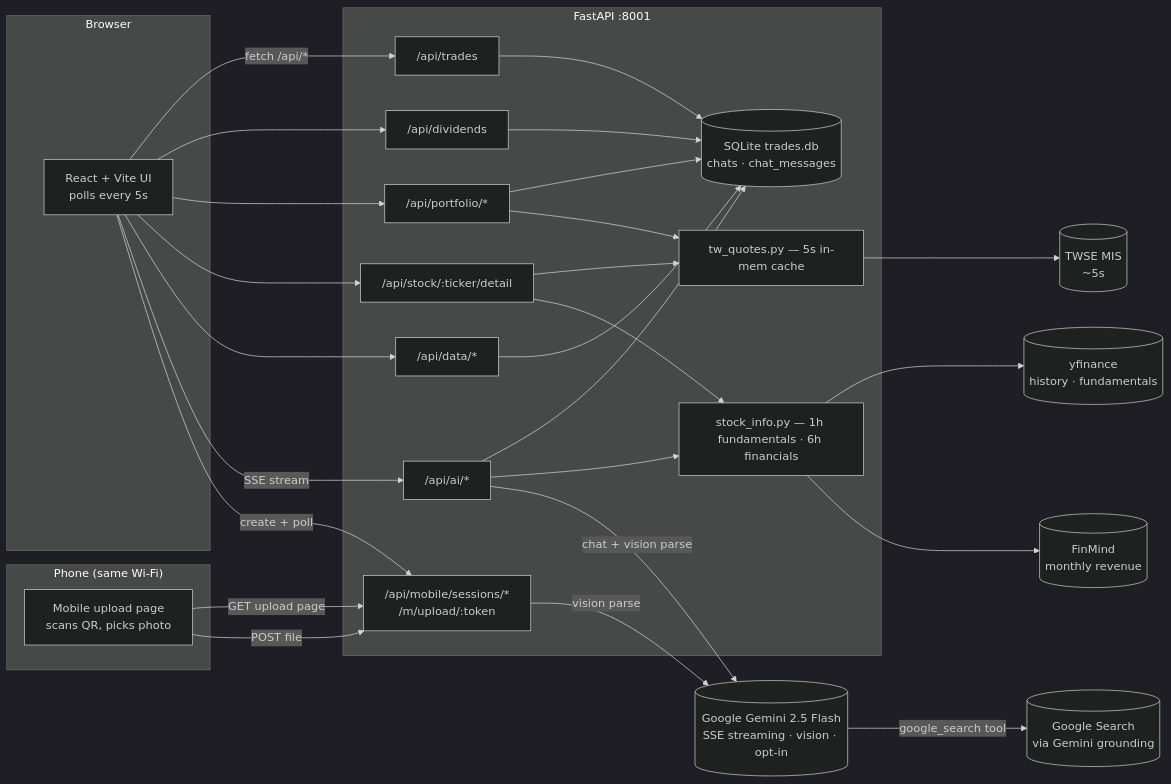
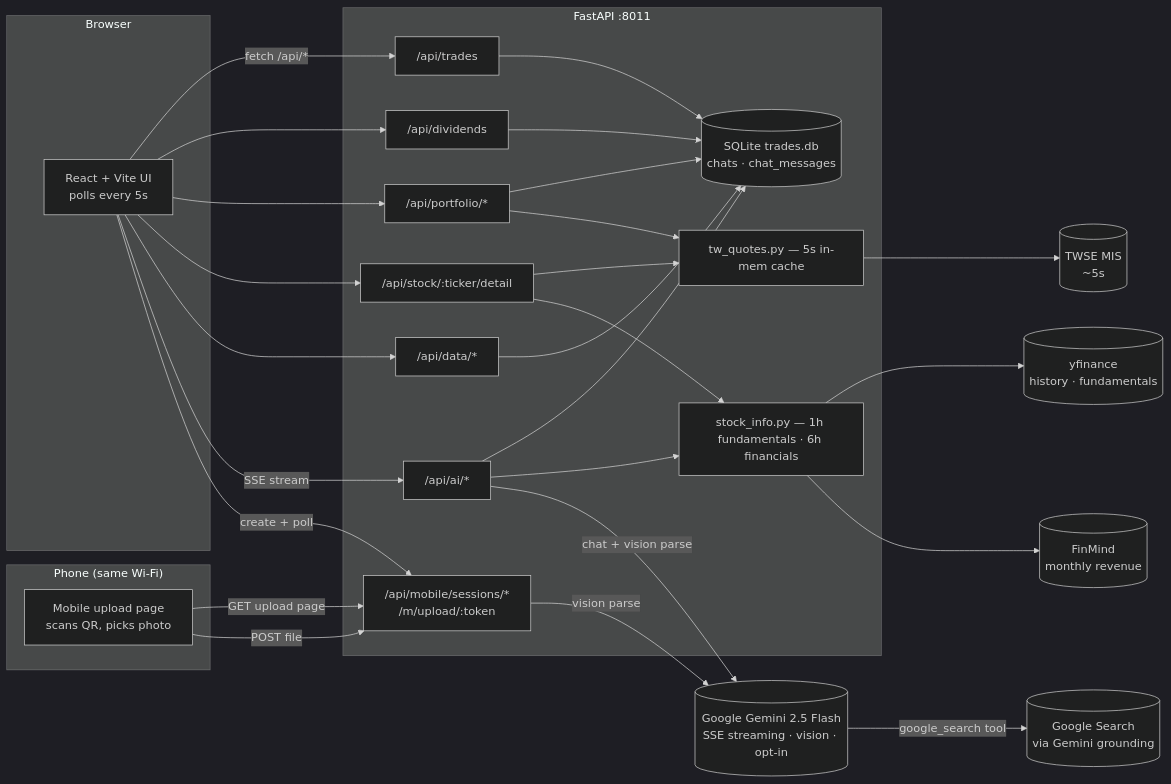
The diagram in README.md (jimmy19981226/stock-tracker), drawn with Mermaid (dark theme) before and after one commit. The commit also changed other lines of this file and 3 other files, not shown here.

````diff
--- a/README.md
+++ b/README.md
@@ -170,51 +170,51 @@
 ```mermaid
 flowchart LR
   subgraph Browser
     UI[React + Vite UI<br/>polls every 5s]
   end
   subgraph Phone["Phone (same Wi-Fi)"]
     PhonePage[Mobile upload page<br/>scans QR, picks photo]
   end
-  subgraph Backend["FastAPI :8001"]
+  subgraph Backend["FastAPI :8011"]
     Trades["/api/trades"]
     Dividends["/api/dividends"]
     Portfolio["/api/portfolio/*"]
     Stock["/api/stock/:ticker/detail"]
     Data["/api/data/*"]
     AI["/api/ai/*"]
     Mobile["/api/mobile/sessions/*<br/>/m/upload/:token"]
     Quotes["tw_quotes.py — 5s in-mem cache"]
     SInfo["stock_info.py — 1h fundamentals · 6h financials"]
     DB[("SQLite trades.db<br/>chats · chat_messages")]
   end
   TWSE[("TWSE MIS<br/>~5s")]
   YF[("yfinance<br/>history · fundamentals")]
   FM[("FinMind<br/>monthly revenue")]
   Gemini[("Google Gemini 2.5 Flash<br/>SSE streaming · vision · opt-in")]
   GSearch[("Google Search<br/>via Gemini grounding")]
 
   UI -- "fetch /api/*" --> Trades
   UI --> Dividends
   UI --> Portfolio
   UI --> Stock
   UI --> Data
   UI -- "SSE stream" --> AI
   UI -- "create + poll" --> Mobile
   PhonePage -- "GET upload page" --> Mobile
   PhonePage -- "POST file" --> Mobile
   Trades --> DB
   Dividends --> DB
   Data --> DB
   Portfolio --> DB
   Portfolio --> Quotes
   Stock --> Quotes
   Stock --> SInfo
   AI --> DB
   AI --> SInfo
   AI -- "chat + vision parse" --> Gemini
   Mobile -- "vision parse" --> Gemini
   Gemini -- "google_search tool" --> GSearch
   Quotes --> TWSE
   SInfo --> YF
   SInfo --> FM
 ```
````
